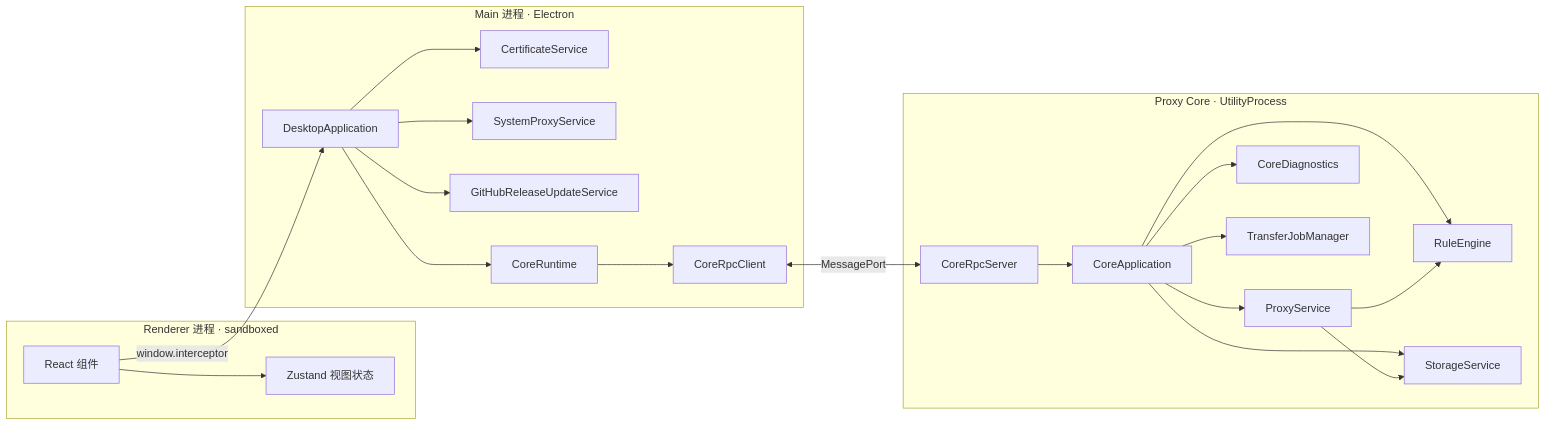
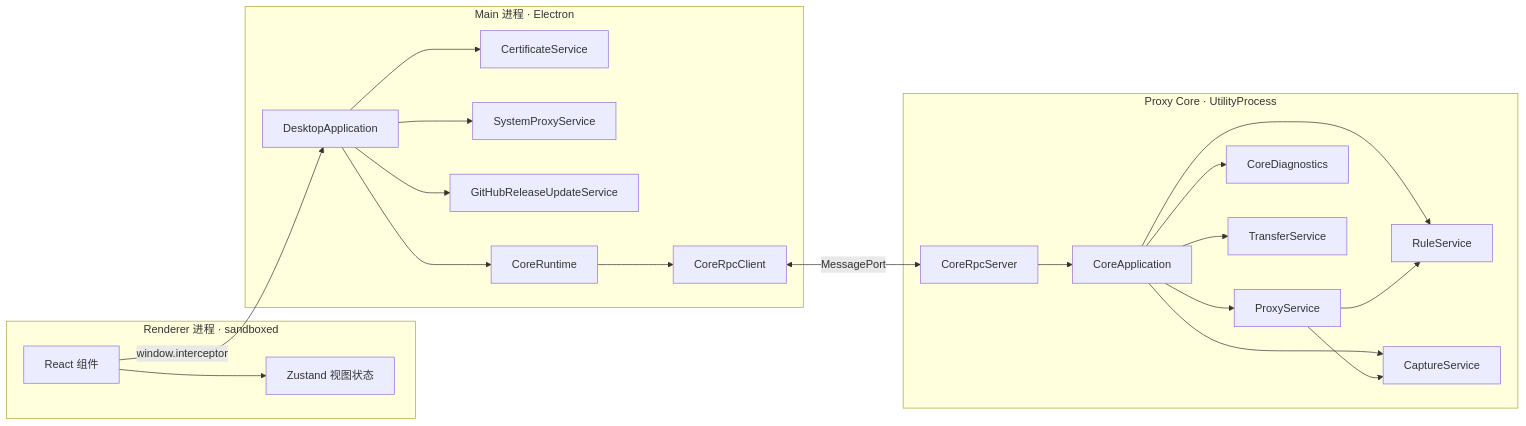
The first of 2 diagrams in architecture/README.md (zhxmt-xm/Interceptor), drawn with Mermaid before and after one commit. The commit also changed other lines of this file and 237 other files, not shown here.

````diff
--- a/architecture/README.md
+++ b/architecture/README.md
@@ -37,42 +37,42 @@
 ```mermaid
 flowchart LR
     subgraph R["Renderer 进程 · sandboxed"]
         UI["React 组件"]
         STORE["Zustand 视图状态"]
     end
 
     subgraph M["Main 进程 · Electron"]
         WIN["DesktopApplication"]
         CERT["CertificateService"]
         SYSPROXY["SystemProxyService"]
         UPDATE["GitHubReleaseUpdateService"]
         RUNTIME["CoreRuntime"]
         RPCC["CoreRpcClient"]
     end
 
     subgraph C["Proxy Core · UtilityProcess"]
         APP["CoreApplication"]
         RPCS["CoreRpcServer"]
         PROXY["ProxyService"]
-        RULES["RuleEngine"]
-        STORAGE["StorageService"]
+        RULES["RuleService"]
+        STORAGE["CaptureService"]
         DIAG["CoreDiagnostics"]
-        TRANSFER["TransferJobManager"]
+        TRANSFER["TransferService"]
     end
 
     UI --> STORE
     UI -->|window.interceptor| WIN
     WIN --> CERT
     WIN --> SYSPROXY
     WIN --> UPDATE
     WIN --> RUNTIME --> RPCC
     RPCC <-->|MessagePort| RPCS
     RPCS --> APP
     APP --> PROXY
     APP --> RULES
     APP --> STORAGE
     APP --> DIAG
     APP --> TRANSFER
     PROXY --> RULES
     PROXY --> STORAGE
 ```
````
